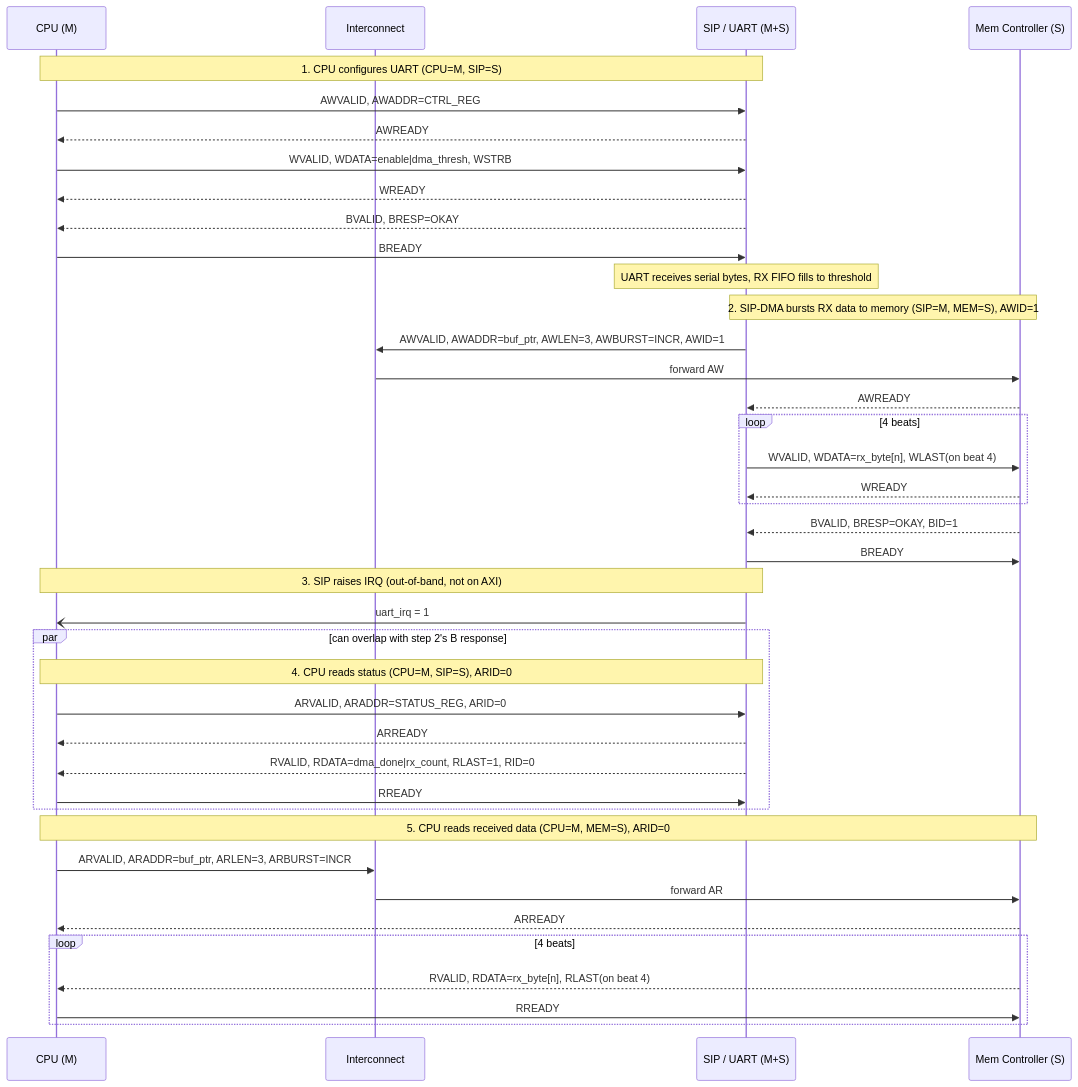
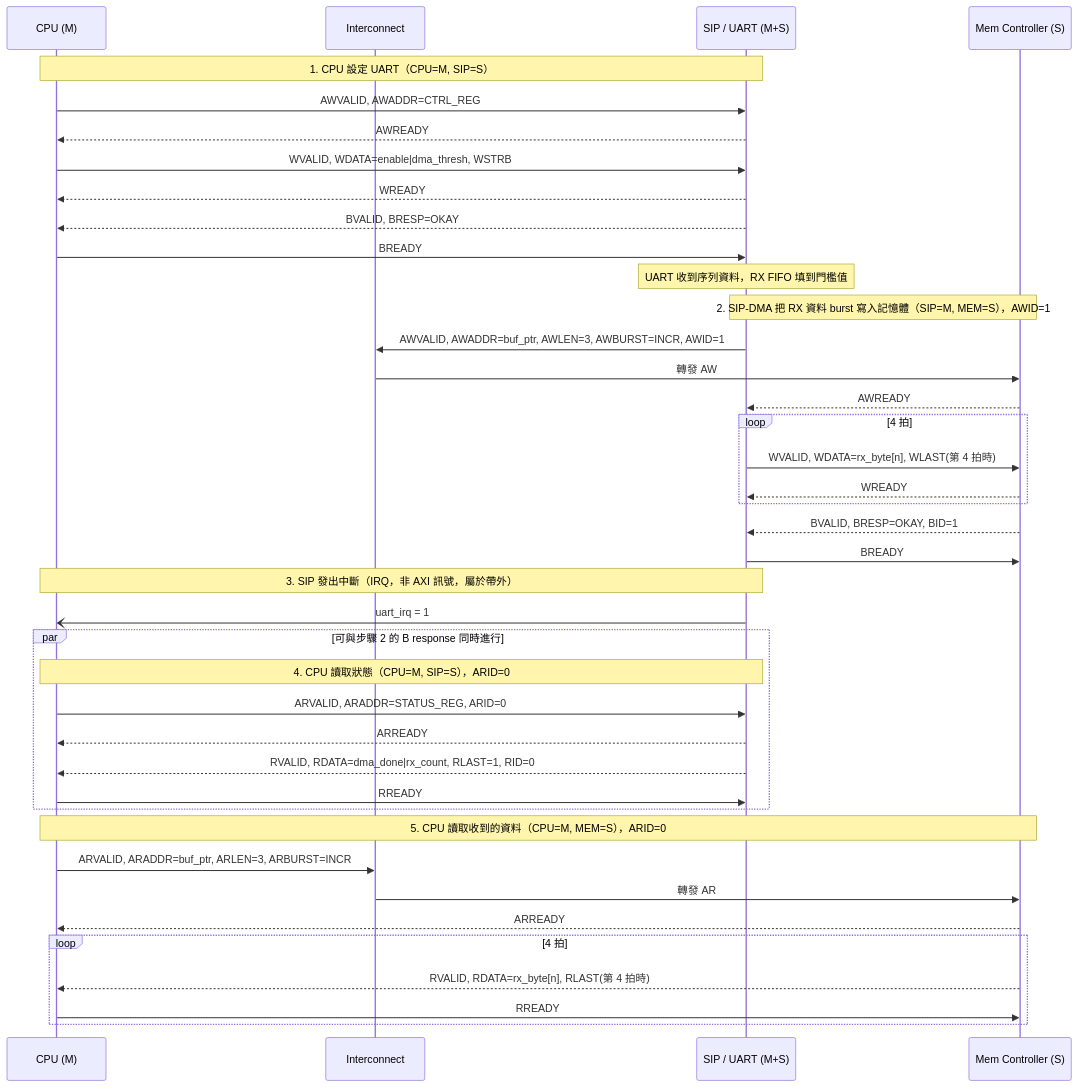
Before and after one commit to shj-F115112128/SOC_Practice: the diagram in docs/04-msc-axi.md, drawn with Mermaid. The commit also changed other lines of this file and 5 other files, not shown here.

````diff
--- a/docs/04-msc-axi.md
+++ b/docs/04-msc-axi.md
@@ -9,47 +9,47 @@
 ```mermaid
 sequenceDiagram
     participant CPU as CPU (M)
     participant XBAR as Interconnect
     participant SIP as SIP / UART (M+S)
     participant MEM as Mem Controller (S)
 
-    Note over CPU,SIP: 1. CPU configures UART (CPU=M, SIP=S)
+    Note over CPU,SIP: 1. CPU 設定 UART（CPU=M, SIP=S）
     CPU->>SIP: AWVALID, AWADDR=CTRL_REG
     SIP-->>CPU: AWREADY
     CPU->>SIP: WVALID, WDATA=enable|dma_thresh, WSTRB
     SIP-->>CPU: WREADY
     SIP-->>CPU: BVALID, BRESP=OKAY
     CPU->>SIP: BREADY
 
-    Note over SIP: UART receives serial bytes, RX FIFO fills to threshold
-    Note over SIP,MEM: 2. SIP-DMA bursts RX data to memory (SIP=M, MEM=S), AWID=1
+    Note over SIP: UART 收到序列資料，RX FIFO 填到門檻值
+    Note over SIP,MEM: 2. SIP-DMA 把 RX 資料 burst 寫入記憶體（SIP=M, MEM=S），AWID=1
     SIP->>XBAR: AWVALID, AWADDR=buf_ptr, AWLEN=3, AWBURST=INCR, AWID=1
-    XBAR->>MEM: forward AW
+    XBAR->>MEM: 轉發 AW
     MEM-->>SIP: AWREADY
-    loop 4 beats
-        SIP->>MEM: WVALID, WDATA=rx_byte[n], WLAST(on beat 4)
+    loop 4 拍
+        SIP->>MEM: WVALID, WDATA=rx_byte[n], WLAST(第 4 拍時)
         MEM-->>SIP: WREADY
     end
     MEM-->>SIP: BVALID, BRESP=OKAY, BID=1
     SIP->>MEM: BREADY
 
-    Note over SIP,CPU: 3. SIP raises IRQ (out-of-band, not on AXI)
+    Note over SIP,CPU: 3. SIP 發出中斷（IRQ，非 AXI 訊號，屬於帶外）
     SIP-)CPU: uart_irq = 1
 
-    par can overlap with step 2's B response
-        Note over CPU,SIP: 4. CPU reads status (CPU=M, SIP=S), ARID=0
+    par 可與步驟 2 的 B response 同時進行
+        Note over CPU,SIP: 4. CPU 讀取狀態（CPU=M, SIP=S），ARID=0
         CPU->>SIP: ARVALID, ARADDR=STATUS_REG, ARID=0
         SIP-->>CPU: ARREADY
         SIP-->>CPU: RVALID, RDATA=dma_done|rx_count, RLAST=1, RID=0
         CPU->>SIP: RREADY
     end
 
-    Note over CPU,MEM: 5. CPU reads received data (CPU=M, MEM=S), ARID=0
+    Note over CPU,MEM: 5. CPU 讀取收到的資料（CPU=M, MEM=S），ARID=0
     CPU->>XBAR: ARVALID, ARADDR=buf_ptr, ARLEN=3, ARBURST=INCR
-    XBAR->>MEM: forward AR
+    XBAR->>MEM: 轉發 AR
     MEM-->>CPU: ARREADY
-    loop 4 beats
-        MEM-->>CPU: RVALID, RDATA=rx_byte[n], RLAST(on beat 4)
+    loop 4 拍
+        MEM-->>CPU: RVALID, RDATA=rx_byte[n], RLAST(第 4 拍時)
         CPU->>MEM: RREADY
     end
 ```
````
